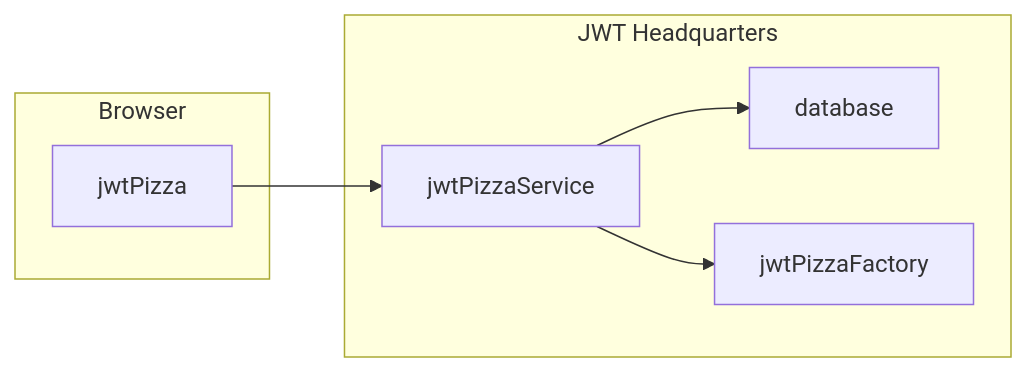
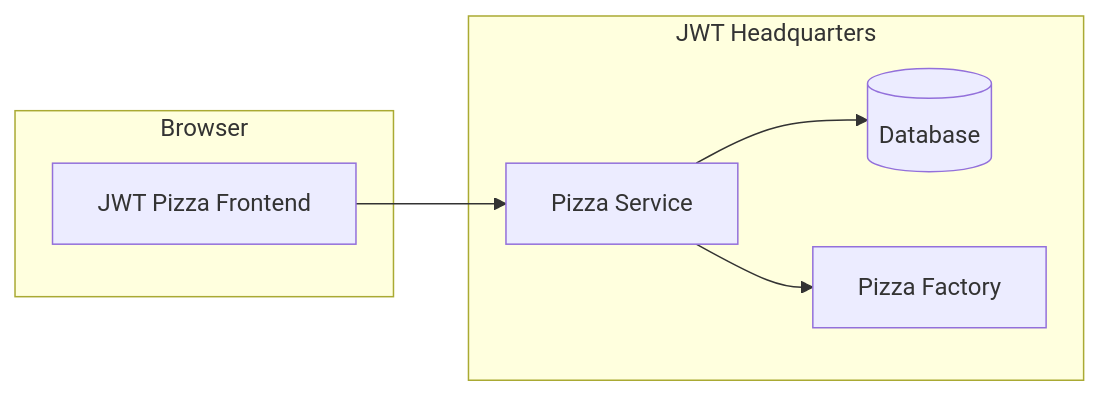
One commit to devops329/devops changed the third of 3 diagrams in instruction/staticDeployment/staticDeployment.md. Above: the diagram before and after it, drawn with Mermaid. The commit also changed other lines of this file, not shown here.

````diff
--- a/instruction/staticDeployment/staticDeployment.md
+++ b/instruction/staticDeployment/staticDeployment.md
@@ -58,11 +61,11 @@
 ```mermaid
 graph LR;
-    subgraph  Browser
-    jwtPizza
+    subgraph Browser
+    jwtPizza[JWT Pizza Frontend]
     end
     subgraph JWT Headquarters
-    jwtPizza-->jwtPizzaService
-    jwtPizzaService-->database
-    jwtPizzaService-->jwtPizzaFactory
+    jwtPizza-->jwtPizzaService[Pizza Service]
+    jwtPizzaService-->database[(Database)]
+    jwtPizzaService-->jwtPizzaFactory[Pizza Factory]
     end
 ```
````
